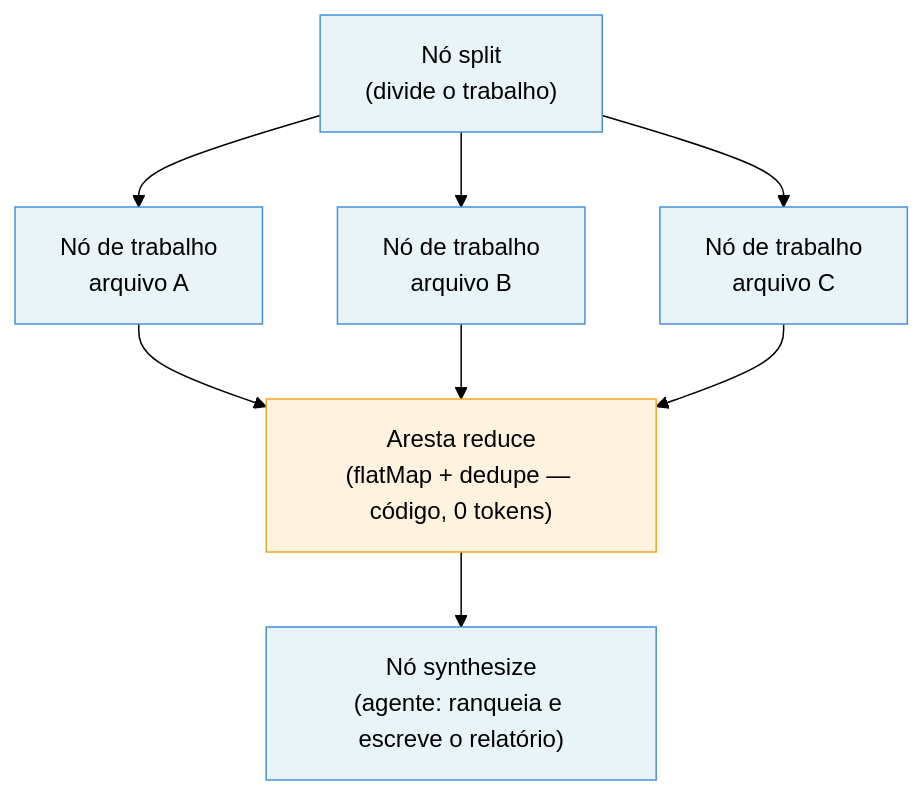
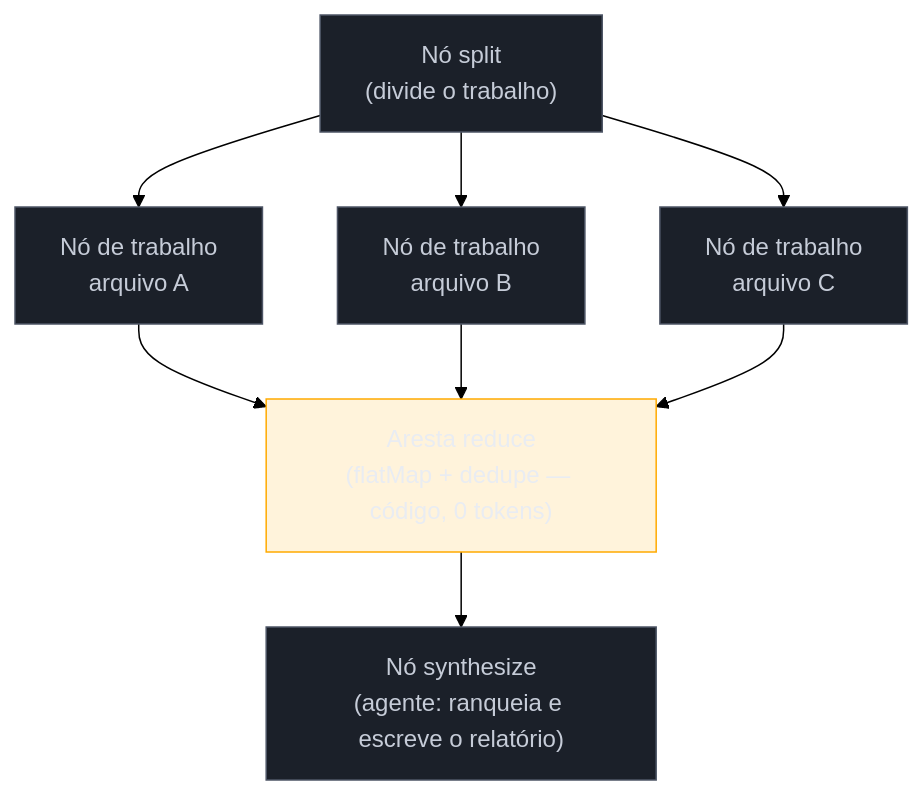
One commit to josenaldo/codex-technomanticus changed the second of 3 diagrams in 03-Dominios/Tecnologia/IA/Claude Code/Workflows/12 - Orquestração em grafo — fan-out, arestas e verificadores.md. Above: the diagram before and after it, drawn with Mermaid (forest theme). The commit also changed other lines of this file and 1181 other files, not shown here.

First line of the commit message:
fix(diagramas): paleta do sistema no lugar de cor cravada no markdown

````diff
--- a/03-Dominios/Tecnologia/IA/Claude Code/Workflows/12 - Orquestração em grafo — fan-out, arestas e verificadores.md
+++ b/03-Dominios/Tecnologia/IA/Claude Code/Workflows/12 - Orquestração em grafo — fan-out, arestas e verificadores.md
@@ -158,26 +160,28 @@
 ```mermaid
 flowchart TB
+    classDef neutro fill:#1B2029,stroke:#4E5666,color:#C6CCD8
+    classDef destaque fill:#FFAA0024,stroke:#FFAA00,color:#E9ECF2
     split["Nó split\n(divide o trabalho)"]
 
     w1["Nó de trabalho\narquivo A"]
     w2["Nó de trabalho\narquivo B"]
     w3["Nó de trabalho\narquivo C"]
 
     reduce["Aresta reduce\n(flatMap + dedupe — código, 0 tokens)"]
     synth["Nó synthesize\n(agente: ranqueia e escreve o relatório)"]
 
     split --> w1
     split --> w2
     split --> w3
     w1 --> reduce
     w2 --> reduce
     w3 --> reduce
     reduce --> synth
 
-    style split fill:#e8f4f8,stroke:#4A90D9
-    style w1 fill:#e8f4f8,stroke:#4A90D9
-    style w2 fill:#e8f4f8,stroke:#4A90D9
-    style w3 fill:#e8f4f8,stroke:#4A90D9
-    style reduce fill:#fff3e0,stroke:#F5A623
-    style synth fill:#e8f4f8,stroke:#4A90D9
+    class split neutro
+    class w1 neutro
+    class w2 neutro
+    class w3 neutro
+    class reduce destaque
+    class synth neutro
 ```
````
